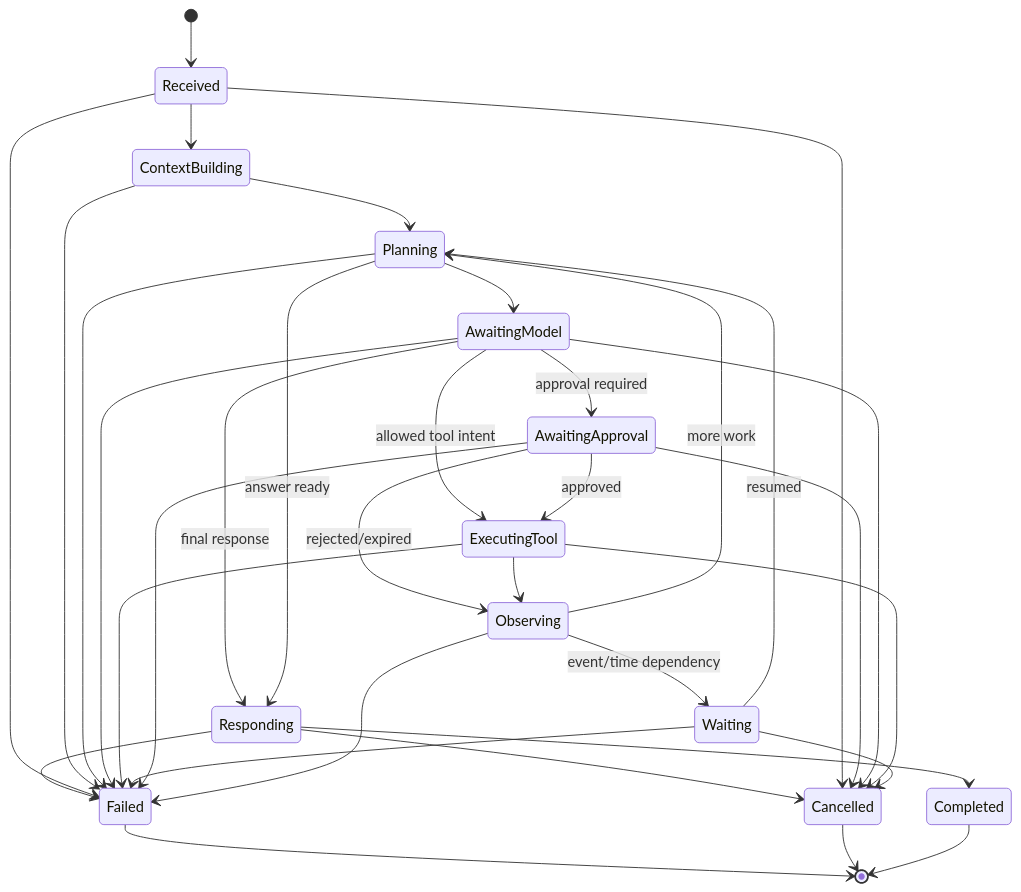
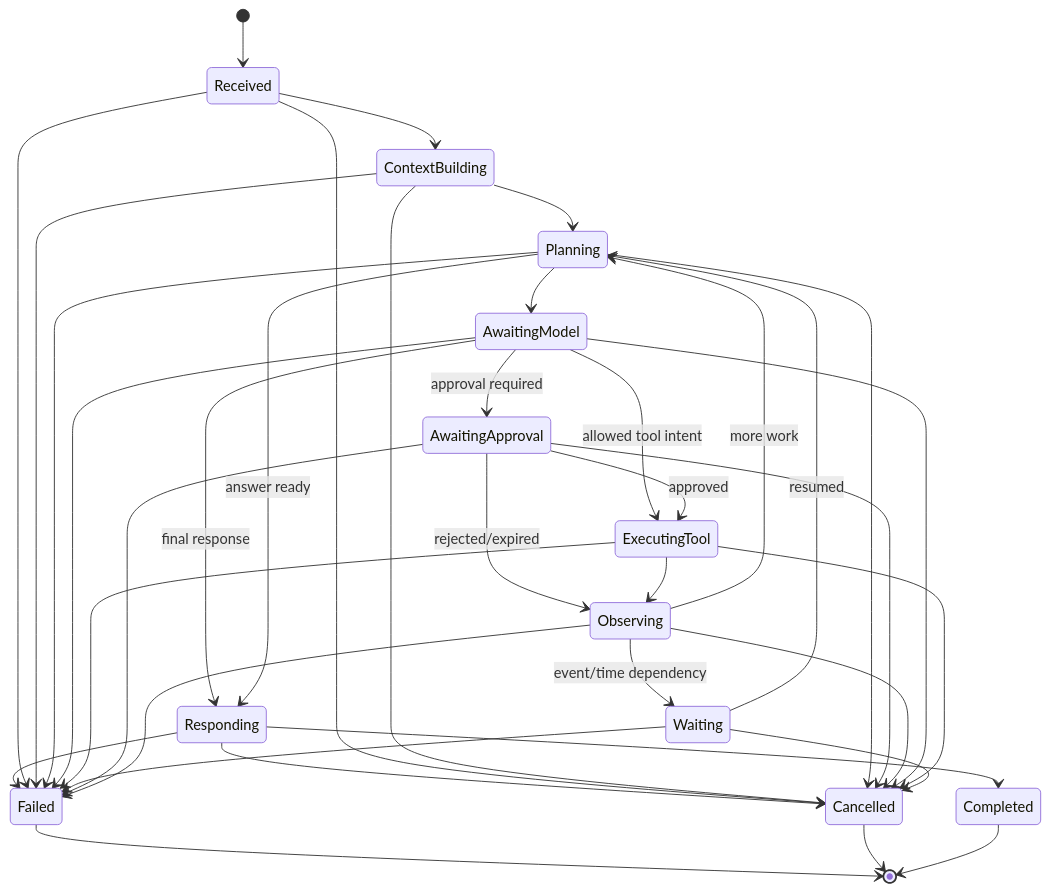
One commit to props-nothing/JARVIS changed the diagram in docs/architecture/agent-runtime.md. Above: the diagram before and after it, drawn with Mermaid. The commit also changed other lines of this file and 12 other files, not shown here.

````diff
--- a/docs/architecture/agent-runtime.md
+++ b/docs/architecture/agent-runtime.md
@@ -19,36 +19,39 @@
 ```mermaid
 stateDiagram-v2
     [*] --> Received
     Received --> ContextBuilding
     ContextBuilding --> Planning
     Planning --> AwaitingModel
     AwaitingModel --> Responding: final response
     AwaitingModel --> ExecutingTool: allowed tool intent
     AwaitingModel --> AwaitingApproval: approval required
     AwaitingApproval --> ExecutingTool: approved
     AwaitingApproval --> Observing: rejected/expired
     ExecutingTool --> Observing
     Observing --> Planning: more work
     Observing --> Waiting: event/time dependency
     Waiting --> Planning: resumed
     Planning --> Responding: answer ready
     Responding --> Completed
     Responding --> Failed
     Responding --> Cancelled
     Received --> Cancelled
     Received --> Failed
     ContextBuilding --> Failed
+    ContextBuilding --> Cancelled
     Planning --> Failed
+    Planning --> Cancelled
     AwaitingModel --> Failed
     ExecutingTool --> Failed
     Waiting --> Failed
     AwaitingApproval --> Cancelled
     AwaitingApproval --> Failed
     Observing --> Failed
+    Observing --> Cancelled
     AwaitingModel --> Cancelled
     ExecutingTool --> Cancelled
     Waiting --> Cancelled
     Failed --> [*]
     Cancelled --> [*]
     Completed --> [*]
 ```
````
